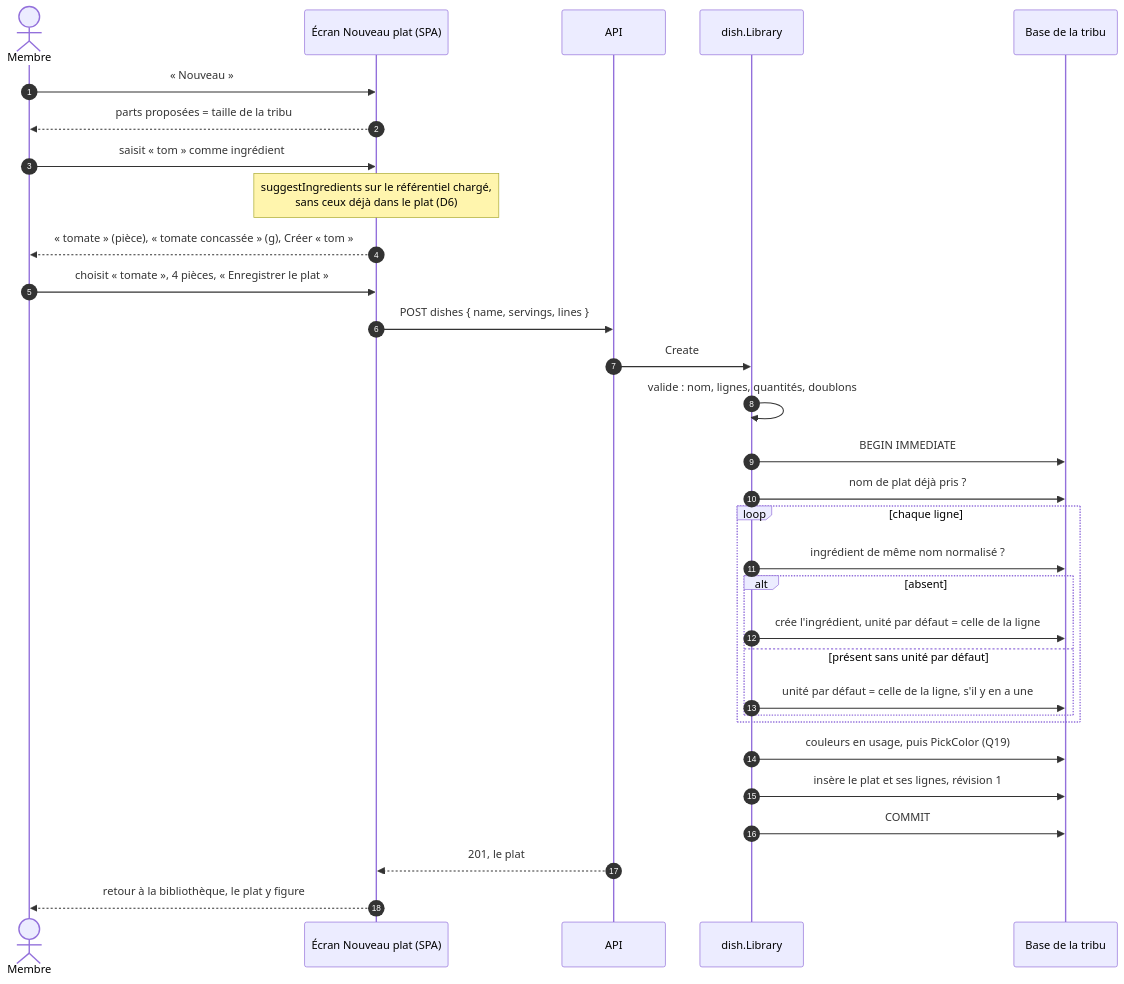
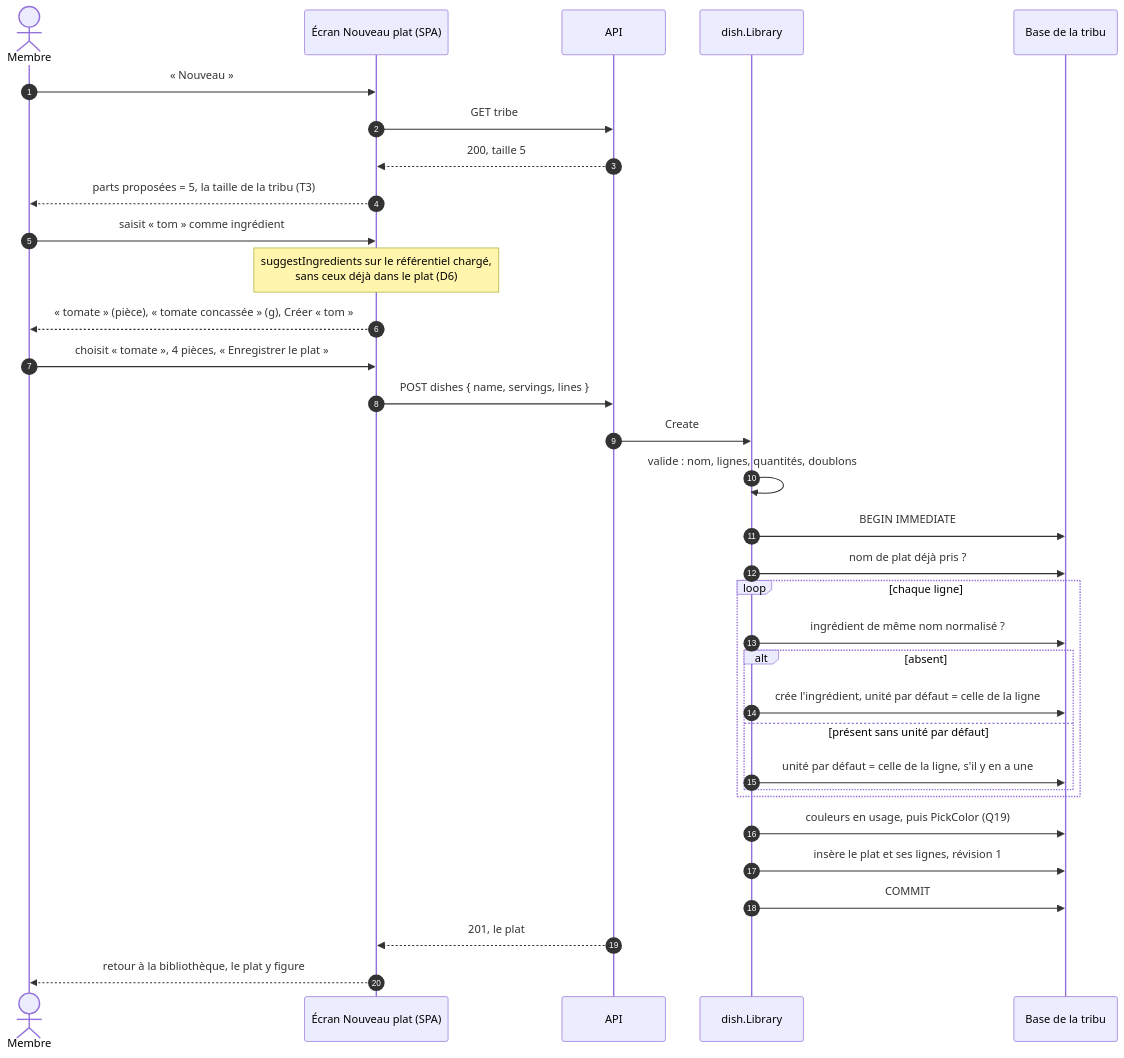
The fourth of 6 diagrams in docs/conception/bibliotheque-de-plats.md (nelt/tribe-menus), drawn with Mermaid before and after one commit. The commit also changed 1 other file, not shown here.

Commit message:
Plan bibliotheque : T3 « taille proposée » prouvé dans le navigateur (revue, point 5)
La preuve par des parts omises dans l'API ne suivait pas le chemin de l'écran.
Décision du développeur : scénario @ui au lot D, l'écran lit la taille par
GET tribe ; D2, D16, étapes 23 et 25 et diagramme « Créer un plat » accordés.

Claude-Session: https://claude.ai/code/session_011pKqsYFdbSuxUjGu5n9fCw

````diff
--- a/docs/conception/bibliotheque-de-plats.md
+++ b/docs/conception/bibliotheque-de-plats.md
@@ -235,34 +235,36 @@
 ```mermaid
 sequenceDiagram
     autonumber
     actor M as Membre
     participant S as Écran Nouveau plat (SPA)
     participant A as API
     participant L as dish.Library
     participant D as Base de la tribu
 
     M->>S: « Nouveau »
-    S-->>M: parts proposées = taille de la tribu
+    S->>A: GET tribe
+    A-->>S: 200, taille 5
+    S-->>M: parts proposées = 5, la taille de la tribu (T3)
     M->>S: saisit « tom » comme ingrédient
     Note over S: suggestIngredients sur le référentiel chargé,<br/>sans ceux déjà dans le plat (D6)
     S-->>M: « tomate » (pièce), « tomate concassée » (g), Créer « tom »
     M->>S: choisit « tomate », 4 pièces, « Enregistrer le plat »
     S->>A: POST dishes { name, servings, lines }
     A->>L: Create
     L->>L: valide : nom, lignes, quantités, doublons
     L->>D: BEGIN IMMEDIATE
     L->>D: nom de plat déjà pris ?
     loop chaque ligne
         L->>D: ingrédient de même nom normalisé ?
         alt absent
             L->>D: crée l'ingrédient, unité par défaut = celle de la ligne
         else présent sans unité par défaut
             L->>D: unité par défaut = celle de la ligne, s'il y en a une
         end
     end
     L->>D: couleurs en usage, puis PickColor (Q19)
     L->>D: insère le plat et ses lignes, révision 1
     L->>D: COMMIT
     A-->>S: 201, le plat
     S-->>M: retour à la bibliothèque, le plat y figure
 ```
````
